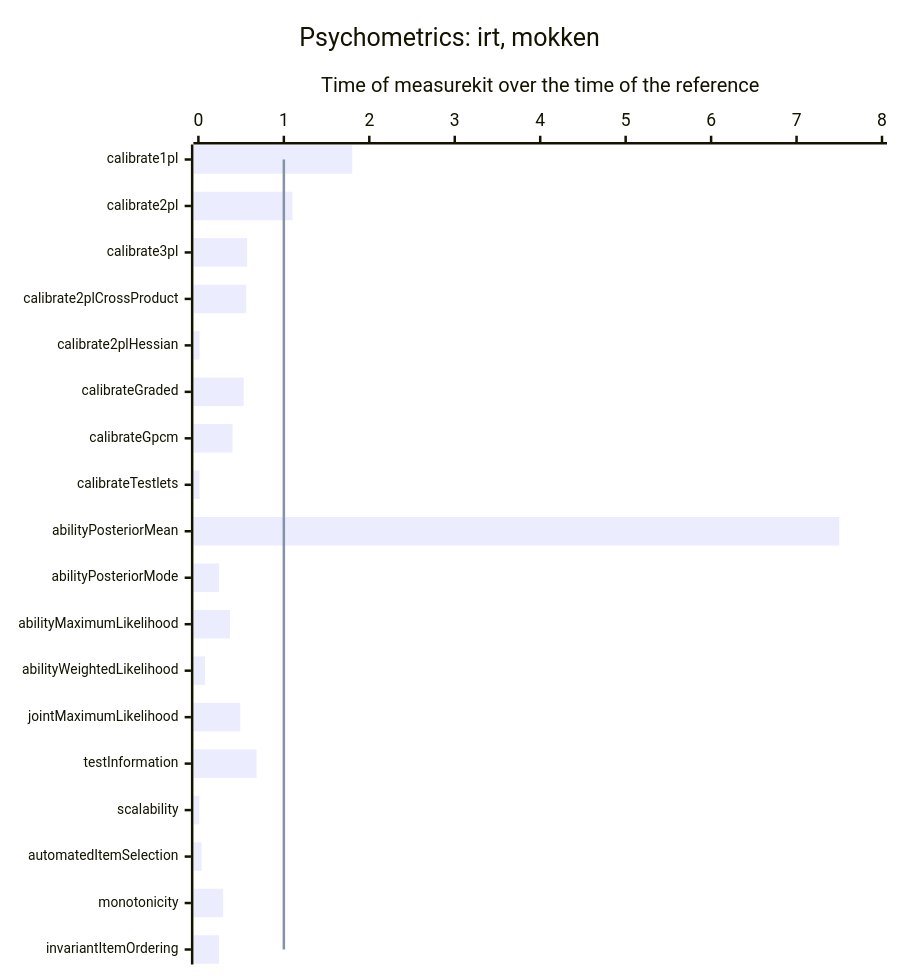
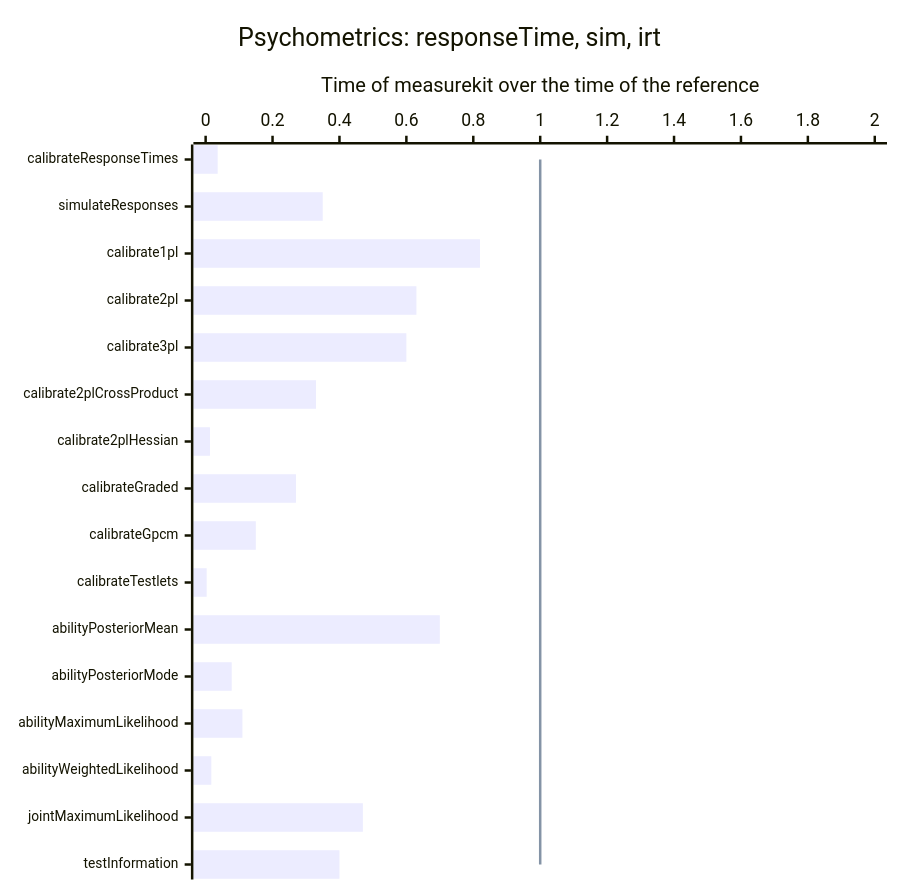
The sixth of 11 diagrams in docs/performance.md (measurekit/measurekit), drawn with Mermaid before and after one commit. The commit also changed other lines of this file and 5 other files, not shown here.

````diff
--- a/docs/performance.md
+++ b/docs/performance.md
@@ -63,9 +63,9 @@
 ```mermaid
-%%{init: {"xyChart": {"height": 762, "xAxis": {"labelFontSize": 11}}}}%%
+%%{init: {"xyChart": {"height": 694, "xAxis": {"labelFontSize": 11}}}}%%
 xychart-beta horizontal
-  title "Psychometrics: irt, mokken"
-  x-axis ["calibrate1pl", "calibrate2pl", "calibrate3pl", "calibrate2plCrossProduct", "calibrate2plHessian", "calibrateGraded", "calibrateGpcm", "calibrateTestlets", "abilityPosteriorMean", "abilityPosteriorMode", "abilityMaximumLikelihood", "abilityWeightedLikelihood", "jointMaximumLikelihood", "testInformation", "scalability", "automatedItemSelection", "monotonicity", "invariantItemOrdering"]
-  y-axis "Time of measurekit over the time of the reference" 0 --> 8
-  bar [1.8, 1.1, 0.57, 0.56, 0.014, 0.53, 0.4, 0.013, 7.5, 0.24, 0.37, 0.078, 0.49, 0.68, 0.012, 0.037, 0.29, 0.24]
-  line [1, 1, 1, 1, 1, 1, 1, 1, 1, 1, 1, 1, 1, 1, 1, 1, 1, 1]
+  title "Psychometrics: responseTime, sim, irt"
+  x-axis ["calibrateResponseTimes", "simulateResponses", "calibrate1pl", "calibrate2pl", "calibrate3pl", "calibrate2plCrossProduct", "calibrate2plHessian", "calibrateGraded", "calibrateGpcm", "calibrateTestlets", "abilityPosteriorMean", "abilityPosteriorMode", "abilityMaximumLikelihood", "abilityWeightedLikelihood", "jointMaximumLikelihood", "testInformation"]
+  y-axis "Time of measurekit over the time of the reference" 0 --> 2
+  bar [0.036, 0.35, 0.82, 0.63, 0.6, 0.33, 0.013, 0.27, 0.15, 0.0031, 0.7, 0.078, 0.11, 0.017, 0.47, 0.4]
+  line [1, 1, 1, 1, 1, 1, 1, 1, 1, 1, 1, 1, 1, 1, 1, 1]
 ```
````
